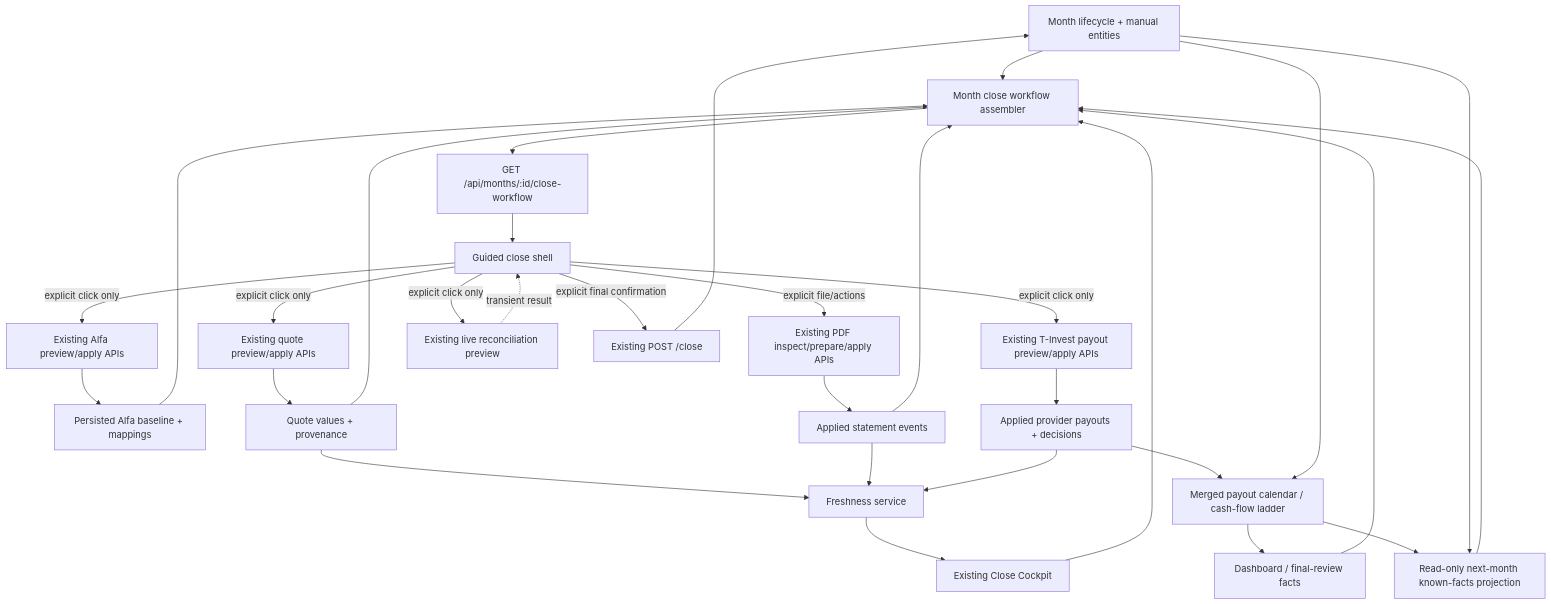
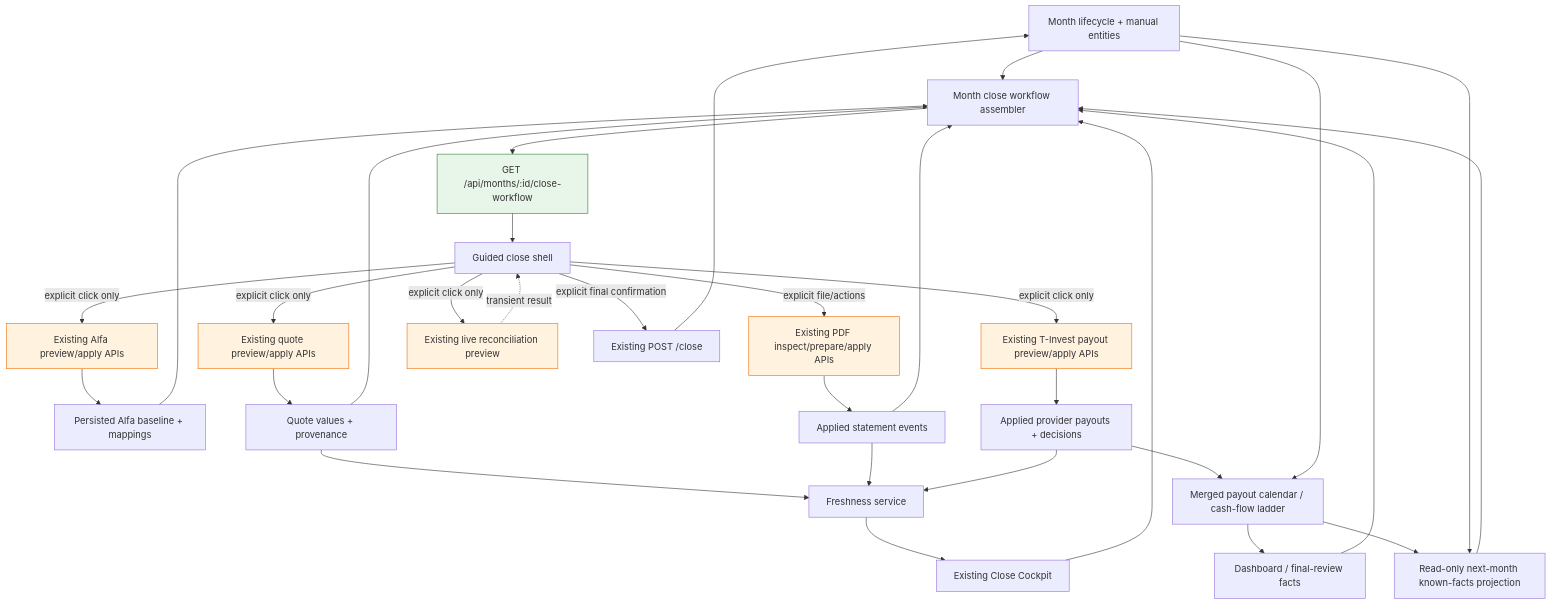
The first of 2 diagrams in docs/design/issue-236-monthly-close-wizard-design.md (LTstripes/hermes-finance), drawn with Mermaid before and after one commit. The commit also changed other lines of this file, not shown here.

````diff
--- a/docs/design/issue-236-monthly-close-wizard-design.md
+++ b/docs/design/issue-236-monthly-close-wizard-design.md
@@ -706,36 +706,43 @@
 ```mermaid
 flowchart TD
     M[Month lifecycle + manual entities] --> W[Month close workflow assembler]
     B[Persisted Alfa baseline + mappings] --> W
     Q[Quote values + provenance] --> F[Freshness service]
     S[Applied statement events] --> W
     P[Applied provider payouts + decisions] --> C[Merged payout calendar / cash-flow ladder]
     M --> C
     Q --> W
     F --> R[Existing Close Cockpit]
     S --> F
     P --> F
     R --> W
     C --> D[Dashboard / final-review facts]
     D --> W
     C --> OUT[Read-only next-month known-facts projection]
     M --> OUT
     OUT --> W
 
     W --> G[GET /api/months/:id/close-workflow]
     G --> UI[Guided close shell]
 
     UI -- explicit click only --> BP[Existing Alfa preview/apply APIs]
     UI -- explicit click only --> QT[Existing quote preview/apply APIs]
     UI -- explicit file/actions --> PDF[Existing PDF inspect/prepare/apply APIs]
     UI -- explicit click only --> TP[Existing T-Invest payout preview/apply APIs]
     UI -- explicit click only --> RC[Existing live reconciliation preview]
 
     BP --> B
     QT --> Q
     PDF --> S
     TP --> P
     RC -. transient result .-> UI
     UI -- explicit final confirmation --> CL[Existing POST /close]
     CL --> M
+
+    style G fill:#e8f5e9,stroke:#2e7d32
+    style BP fill:#fff3e0,stroke:#ef6c00
+    style QT fill:#fff3e0,stroke:#ef6c00
+    style PDF fill:#fff3e0,stroke:#ef6c00
+    style TP fill:#fff3e0,stroke:#ef6c00
+    style RC fill:#fff3e0,stroke:#ef6c00
 ```
````
